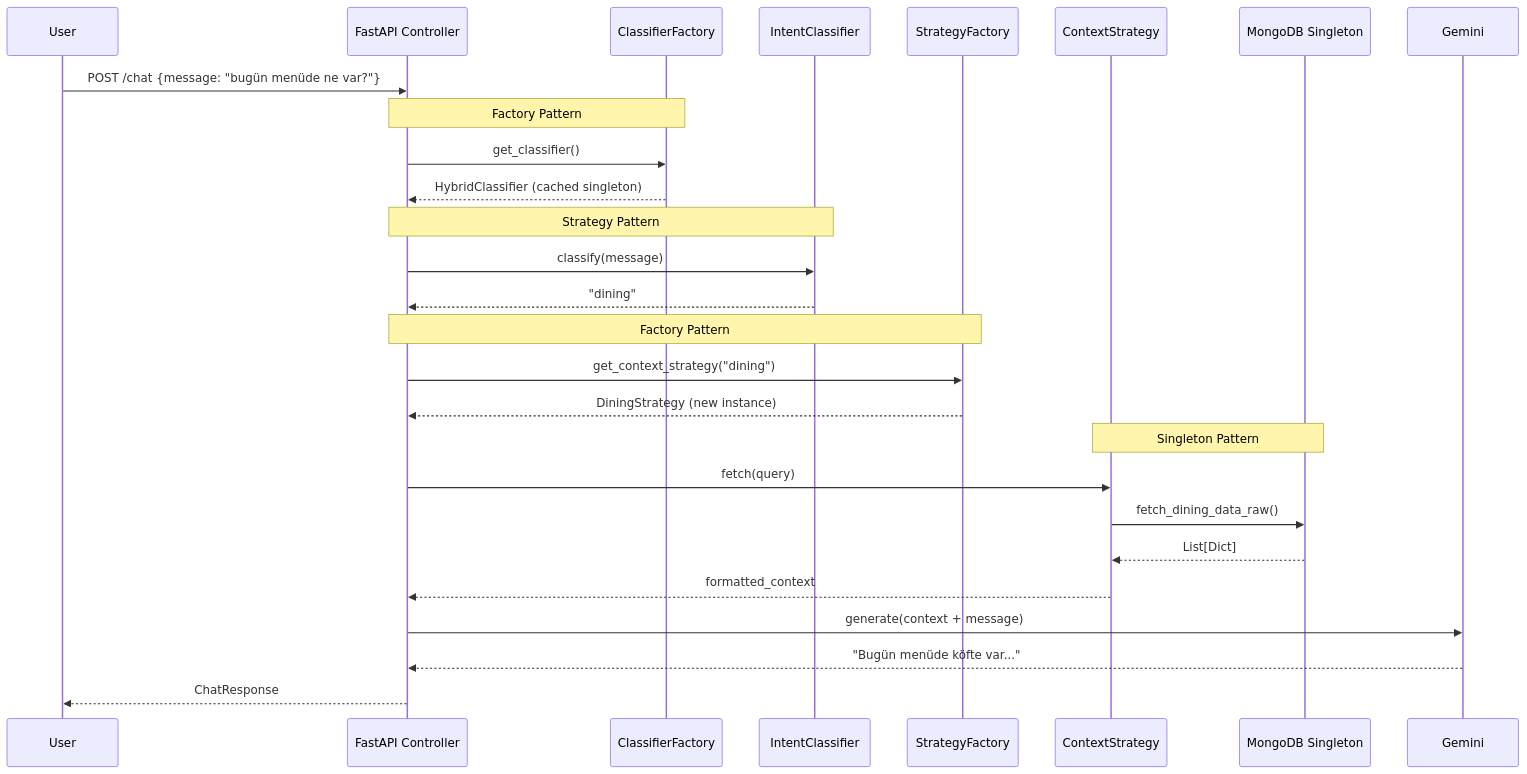
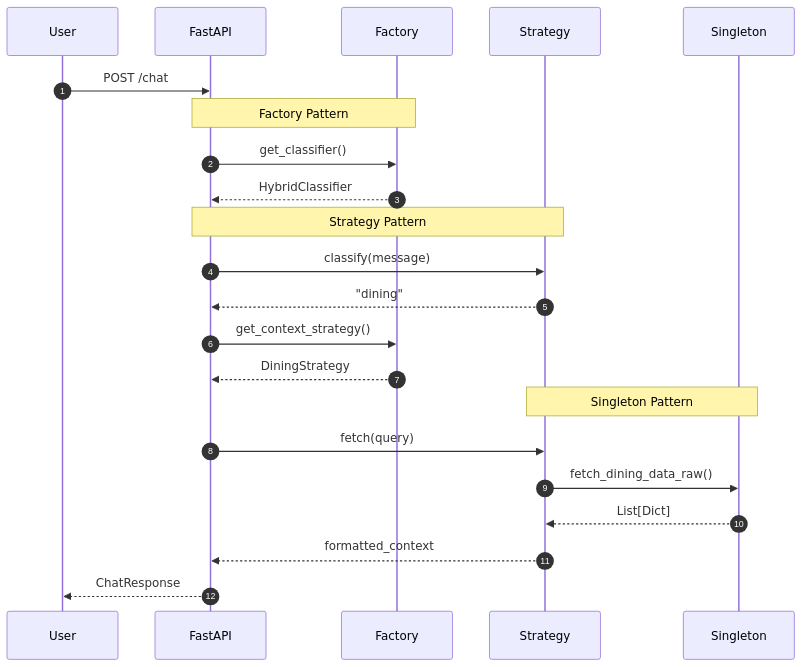
The diagram in design-patterns.mdx (Akdeniz-CSE-Students/csebot_documentation), drawn with Mermaid before and after one commit. The commit also changed other lines of this file and 7 other files, not shown here.

Commit message:
feat: Refactor design pattern documentation into individual files and enhance architecture overview with new UI components and flow details.

````diff
--- a/design-patterns.mdx
+++ b/design-patterns.mdx
@@ -362,35 +82,30 @@
 ```mermaid
 sequenceDiagram
+    autonumber
     participant User
-    participant API as FastAPI Controller
-    participant CF as ClassifierFactory
-    participant Classifier as IntentClassifier
-    participant SF as StrategyFactory
-    participant Strategy as ContextStrategy
-    participant DB as MongoDB Singleton
-    participant LLM as Gemini
+    participant API as FastAPI
+    participant Factory as Factory
+    participant Classifier as Strategy
+    participant DB as Singleton
 
-    User->>API: POST /chat {message: "bugün menüde ne var?"}
+    User->>API: POST /chat
     
-    Note over API,CF: Factory Pattern
-    API->>CF: get_classifier()
-    CF-->>API: HybridClassifier (cached singleton)
+    Note over API,Factory: Factory Pattern
+    API->>Factory: get_classifier()
+    Factory-->>API: HybridClassifier
     
     Note over API,Classifier: Strategy Pattern
     API->>Classifier: classify(message)
     Classifier-->>API: "dining"
     
-    Note over API,SF: Factory Pattern
-    API->>SF: get_context_strategy("dining")
-    SF-->>API: DiningStrategy (new instance)
+    API->>Factory: get_context_strategy()
+    Factory-->>API: DiningStrategy
     
-    Note over Strategy,DB: Singleton Pattern
-    API->>Strategy: fetch(query)
-    Strategy->>DB: fetch_dining_data_raw()
-    DB-->>Strategy: List[Dict]
-    Strategy-->>API: formatted_context
+    Note over Classifier,DB: Singleton Pattern
+    API->>Classifier: fetch(query)
+    Classifier->>DB: fetch_dining_data_raw()
+    DB-->>Classifier: List[Dict]
+    Classifier-->>API: formatted_context
     
-    API->>LLM: generate(context + message)
-    LLM-->>API: "Bugün menüde köfte var..."
     API-->>User: ChatResponse
 ```
````
